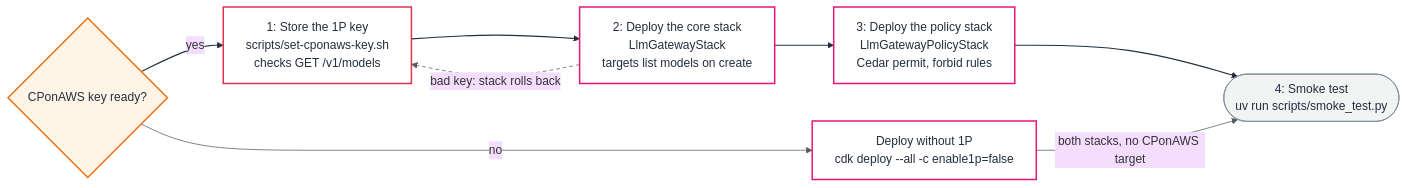
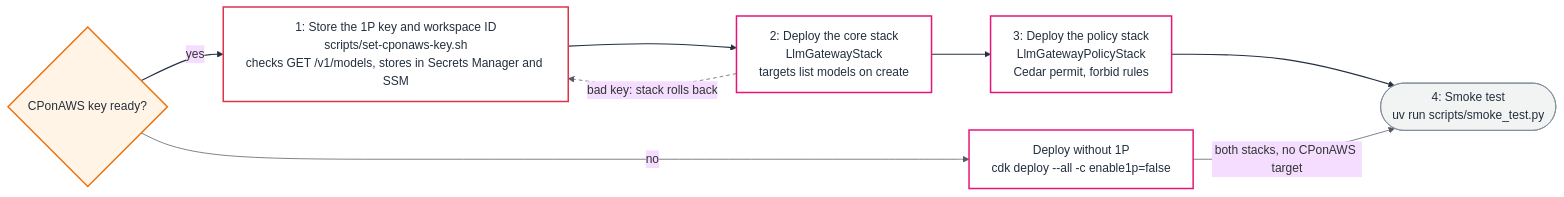
One commit to whchoi98/llm-gateway-on-agentcore changed the eighth of 8 diagrams in docs/architecture.md. Above: the diagram before and after it, drawn with Mermaid (base theme). The commit also changed other lines of this file and 12 other files, not shown here.

First line of the commit message:
docs: cite the fallback feature docs and update diagrams

````diff
--- a/docs/architecture.md
+++ b/docs/architecture.md
@@ -424,27 +424,27 @@
 ```mermaid
 %%{init: {"flowchart": {"wrappingWidth": 400}}}%%
 flowchart LR
   D{"CPonAWS key ready?"}
-  S1["1: Store the 1P key<br/>scripts/set-cponaws-key.sh<br/>checks GET /v1/models"]
+  S1["1: Store the 1P key and workspace ID<br/>scripts/set-cponaws-key.sh<br/>checks GET /v1/models, stores in Secrets Manager and SSM"]
   S2["2: Deploy the core stack<br/>LlmGatewayStack<br/>targets list models on create"]
   S3["3: Deploy the policy stack<br/>LlmGatewayPolicyStack<br/>Cedar permit, forbid rules"]
   S4(["4: Smoke test<br/>uv run scripts/smoke_test.py"])
   N["Deploy without 1P<br/>cdk deploy --all -c enable1p=false"]
 
   D -- yes --> S1 --> S2 --> S3 --> S4
   S2 -. "bad key: stack rolls back" .-> S1
   D -- no --> N
   N -- "both stacks, no CPonAWS target" --> S4
 
   classDef security fill:#ffffff,stroke:#DD344C,stroke-width:2px,color:#232F3E
   classDef mgmt fill:#ffffff,stroke:#E7157B,stroke-width:2px,color:#232F3E
   classDef focal fill:#FFF4E5,stroke:#EC7211,stroke-width:2px,color:#232F3E
   classDef io fill:#F2F3F3,stroke:#7D8998,color:#232F3E
   class S1 security
   class S2,S3,N mgmt
   class D focal
   class S4 io
   linkStyle 0,1,2,3 stroke:#232F3E,stroke-width:1.5px
   linkStyle 4 stroke:#545B64,stroke-dasharray:5 4
   linkStyle 5,6 stroke:#545B64
 ```
````
